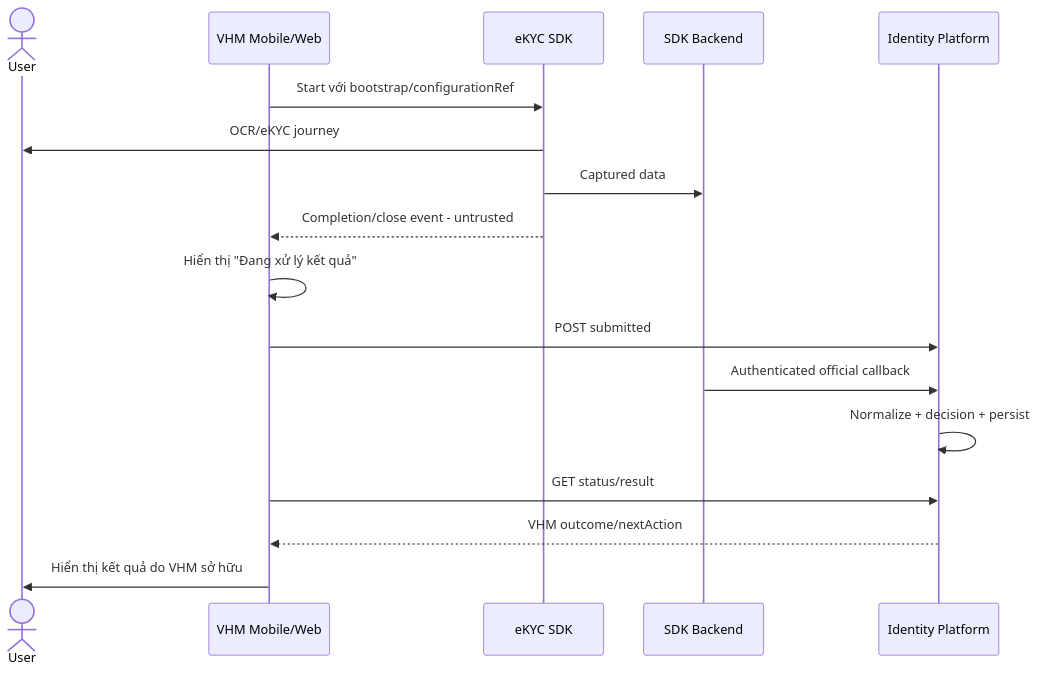
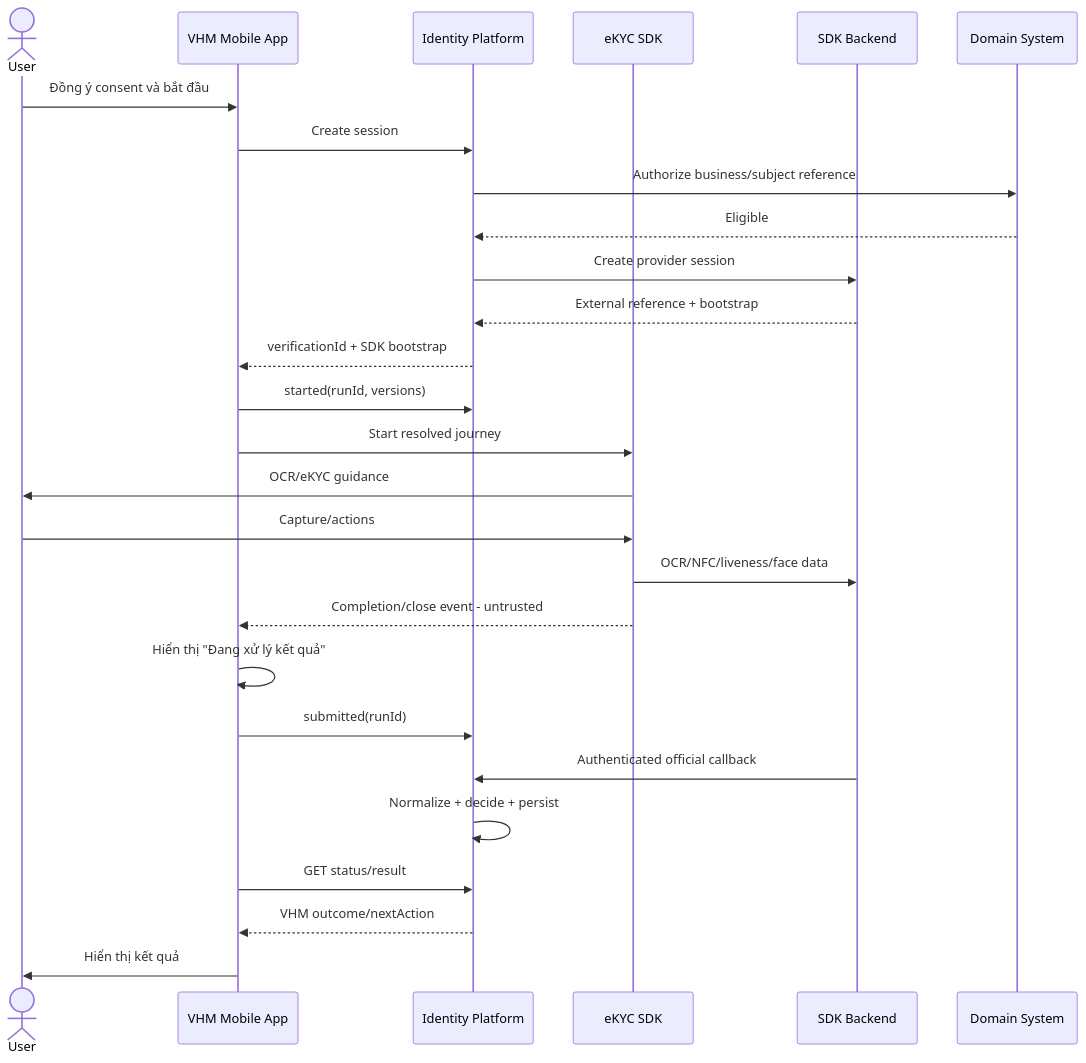
One commit to huynv-xyz/vhm changed the second of 8 diagrams in tdd2.md. Above: the diagram before and after it, drawn with Mermaid. The commit also changed other lines of this file, not shown here.

````diff
--- a/tdd2.md
+++ b/tdd2.md
@@ -153,19 +153,29 @@
 ```mermaid
 sequenceDiagram
     actor User
-    participant APP as VHM Mobile/Web
+    participant APP as VHM Mobile App
+    participant IV as Identity Platform
     participant SDK as eKYC SDK
     participant BACKEND as SDK Backend
-    participant IV as Identity Platform
-    APP->>SDK: Start với bootstrap/configurationRef
-    SDK->>User: OCR/eKYC journey
-    SDK->>BACKEND: Captured data
+    participant DOMAIN as Domain System
+    User->>APP: Đồng ý consent và bắt đầu
+    APP->>IV: Create session
+    IV->>DOMAIN: Authorize business/subject reference
+    DOMAIN-->>IV: Eligible
+    IV->>BACKEND: Create provider session
+    BACKEND-->>IV: External reference + bootstrap
+    IV-->>APP: verificationId + SDK bootstrap
+    APP->>IV: started(runId, versions)
+    APP->>SDK: Start resolved journey
+    SDK->>User: OCR/eKYC guidance
+    User->>SDK: Capture/actions
+    SDK->>BACKEND: OCR/NFC/liveness/face data
     SDK-->>APP: Completion/close event - untrusted
     APP->>APP: Hiển thị "Đang xử lý kết quả"
-    APP->>IV: POST submitted
+    APP->>IV: submitted(runId)
     BACKEND->>IV: Authenticated official callback
-    IV->>IV: Normalize + decision + persist
+    IV->>IV: Normalize + decide + persist
     APP->>IV: GET status/result
     IV-->>APP: VHM outcome/nextAction
-    APP->>User: Hiển thị kết quả do VHM sở hữu
+    APP->>User: Hiển thị kết quả
 ```
````
